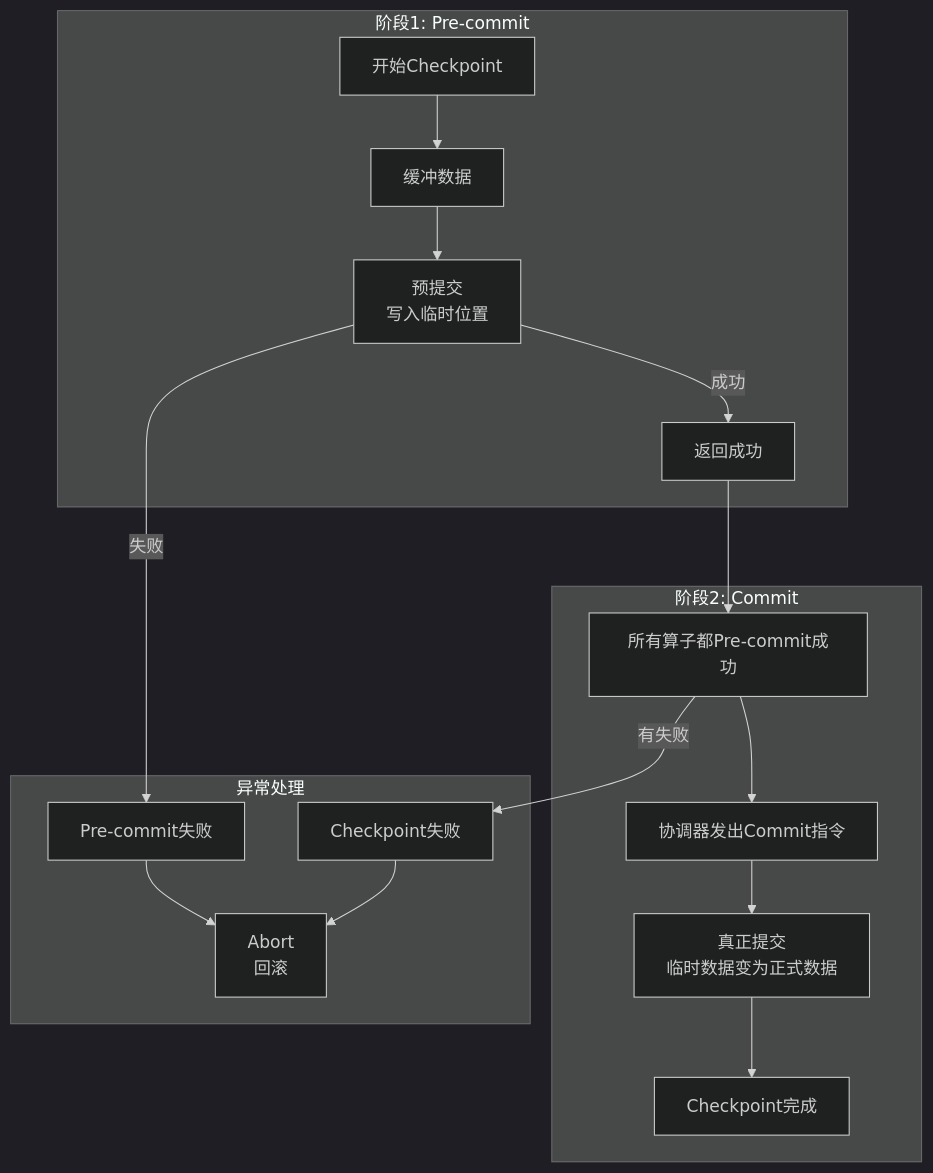
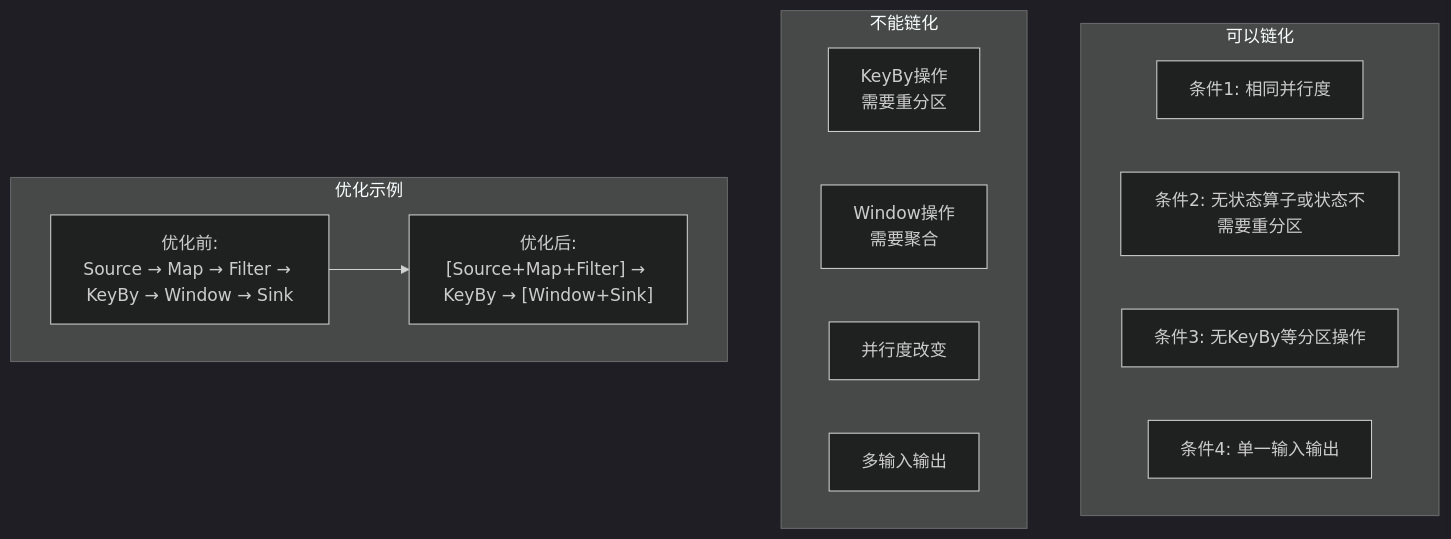
Before and after one commit to 312268112/advanced-java: the seventh of 23 diagrams in pipeline-framework-design.md, drawn with Mermaid (dark theme). The commit also changed other lines of this file, not shown here.

````diff
--- a/pipeline-framework-design.md
+++ b/pipeline-framework-design.md
@@ -884,32 +374,23 @@
 ```mermaid
 graph TB
-    subgraph "阶段1: Pre-commit"
-        P1[开始Checkpoint]
-        P2[缓冲数据]
-        P3[预提交<br/>写入临时位置]
-        P4[返回成功]
+    subgraph "可以链化"
+        C1[条件1: 相同并行度]
+        C2[条件2: 无状态算子或状态不需要重分区]
+        C3[条件3: 无KeyBy等分区操作]
+        C4[条件4: 单一输入输出]
     end
     
-    subgraph "阶段2: Commit"
-        C1[所有算子都Pre-commit成功]
-        C2[协调器发出Commit指令]
-        C3[真正提交<br/>临时数据变为正式数据]
-        C4[Checkpoint完成]
+    subgraph "不能链化"
+        N1[KeyBy操作<br/>需要重分区]
+        N2[Window操作<br/>需要聚合]
+        N3[并行度改变]
+        N4[多输入输出]
     end
     
-    subgraph "异常处理"
-        E1[Pre-commit失败]
-        E2[Abort<br/>回滚]
-        E3[Checkpoint失败]
+    subgraph "优化示例"
+        Before["优化前:<br/>Source → Map → Filter → KeyBy → Window → Sink"]
+        After["优化后:<br/>[Source+Map+Filter] → KeyBy → [Window+Sink]"]
+        
+        Before --> After
     end
-    
-    P1 --> P2 --> P3
-    P3 -->|成功| P4
-    P3 -->|失败| E1
-    E1 --> E2
-    
-    P4 --> C1 --> C2 --> C3 --> C4
-    
-    C1 -->|有失败| E3
-    E3 --> E2
 ```
````
